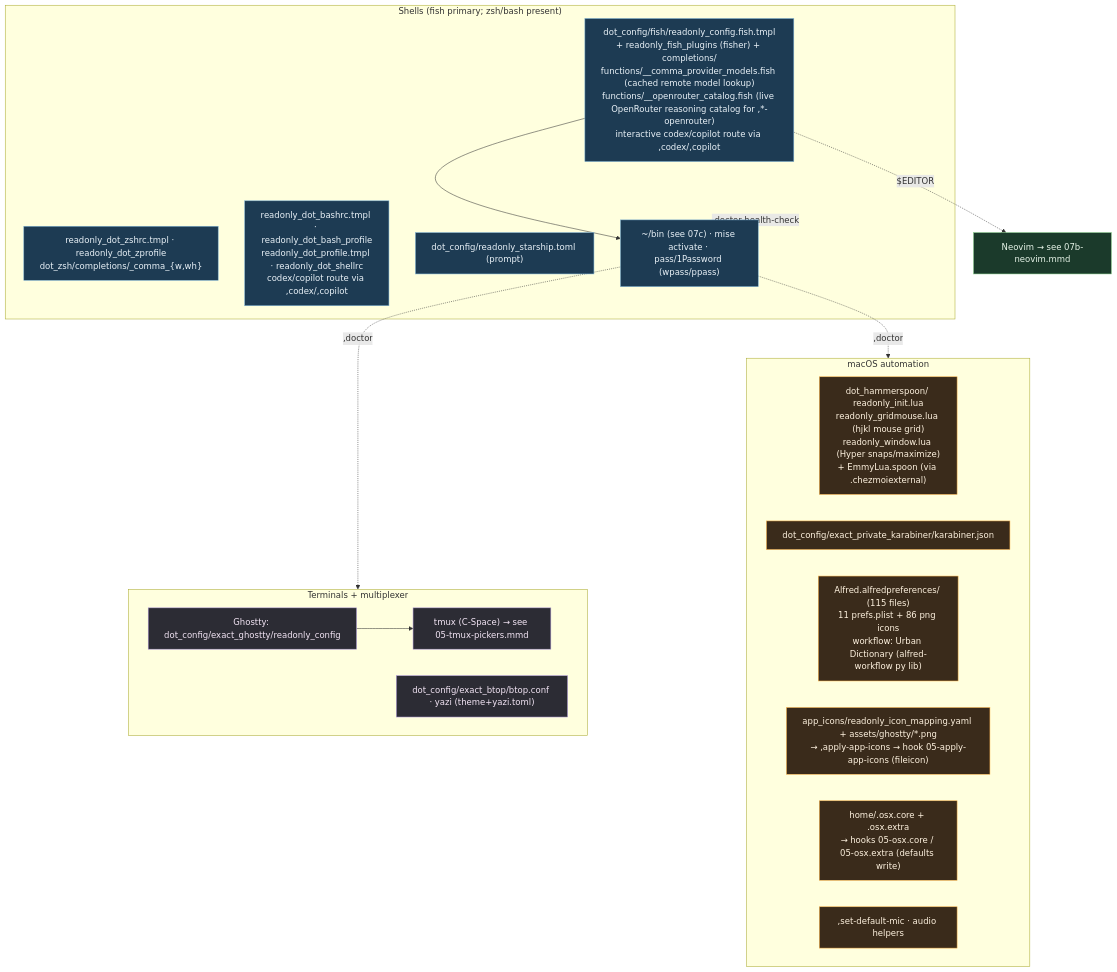
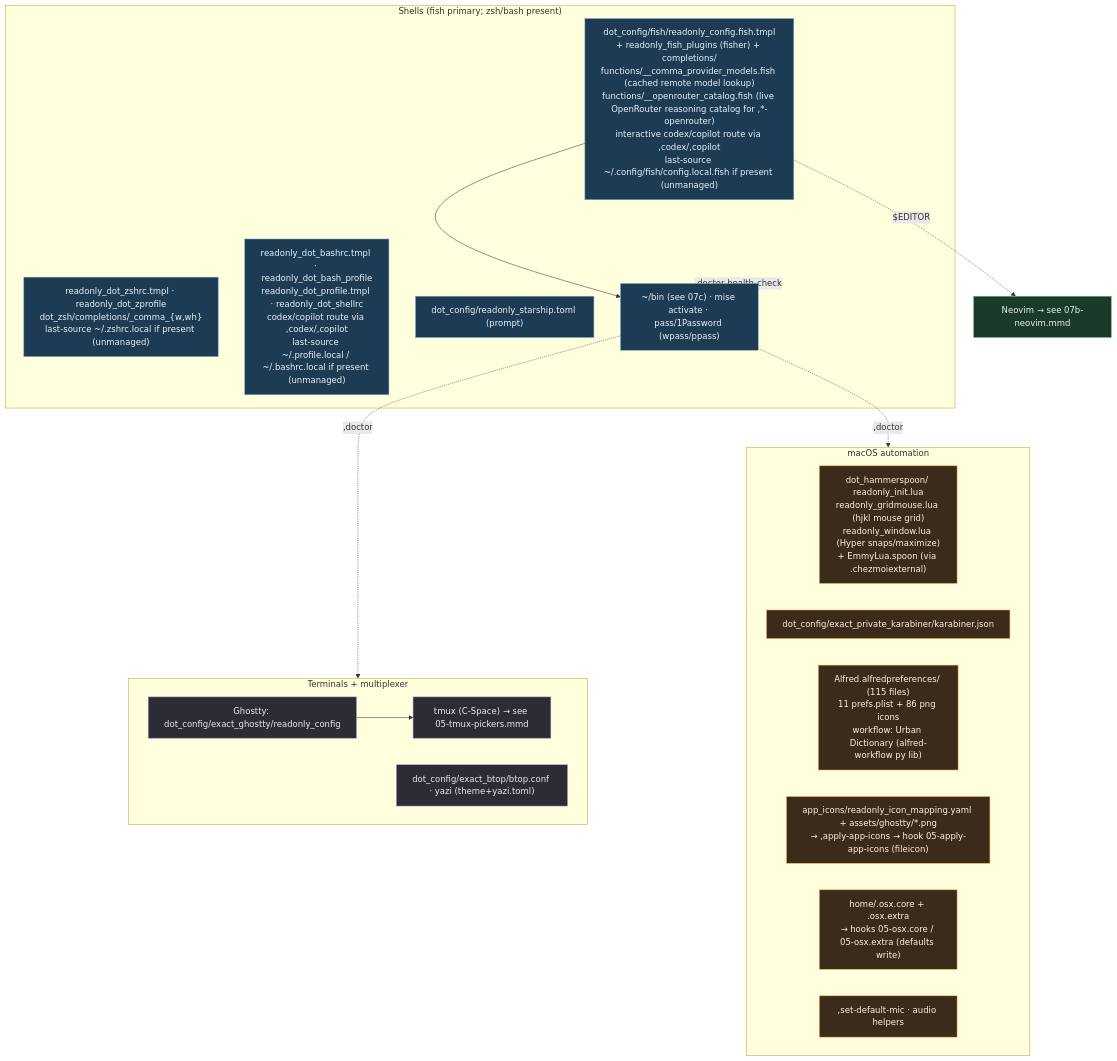
One commit to kapral18/dotfiles changed the diagram in .mermaids/07-shell-editor-macos.mmd. Above: the diagram before and after it, drawn with Mermaid. The commit also changed 117 other files, not shown here.

```diff
--- a/.mermaids/07-shell-editor-macos.mmd
+++ b/.mermaids/07-shell-editor-macos.mmd
@@ -1,40 +1,40 @@
 %% ============================================================================
 %% 07-shell-editor-macos.mmd — Shell, terminals, multiplexer launch, macOS.
 %% Neovim detail → 07b. ~/bin commands + ~/lib internals → 07c. Dotfile rc files → 08.
 %% ============================================================================
 flowchart TB
     classDef shell fill:#1d3b53,stroke:#7fb3d5,color:#eaf2f8;
     classDef term fill:#2c2c34,stroke:#b39ddb,color:#f3e5f5;
     classDef mac fill:#3a2b1b,stroke:#ffb74d,color:#fff3e0;
     classDef data fill:#1b3a2b,stroke:#81c784,color:#e8f5e9;
 
     subgraph SHELLS["Shells (fish primary; zsh/bash present)"]
-        FISH["dot_config/fish/readonly_config.fish.tmpl<br/>+ readonly_fish_plugins (fisher) + completions/<br/>functions/__comma_provider_models.fish (cached remote model lookup)<br/>functions/__openrouter_catalog.fish (live OpenRouter reasoning catalog for ,*-openrouter)<br/>interactive codex/copilot route via ,codex/,copilot"]:::shell
-        ZSH["readonly_dot_zshrc.tmpl · readonly_dot_zprofile<br/>dot_zsh/completions/_comma_{w,wh}"]:::shell
-        BASH["readonly_dot_bashrc.tmpl · readonly_dot_bash_profile<br/>readonly_dot_profile.tmpl · readonly_dot_shellrc<br/>codex/copilot route via ,codex/,copilot"]:::shell
+        FISH["dot_config/fish/readonly_config.fish.tmpl<br/>+ readonly_fish_plugins (fisher) + completions/<br/>functions/__comma_provider_models.fish (cached remote model lookup)<br/>functions/__openrouter_catalog.fish (live OpenRouter reasoning catalog for ,*-openrouter)<br/>interactive codex/copilot route via ,codex/,copilot<br/>last-source ~/.config/fish/config.local.fish if present (unmanaged)"]:::shell
+        ZSH["readonly_dot_zshrc.tmpl · readonly_dot_zprofile<br/>dot_zsh/completions/_comma_{w,wh}<br/>last-source ~/.zshrc.local if present (unmanaged)"]:::shell
+        BASH["readonly_dot_bashrc.tmpl · readonly_dot_bash_profile<br/>readonly_dot_profile.tmpl · readonly_dot_shellrc<br/>codex/copilot route via ,codex/,copilot<br/>last-source ~/.profile.local / ~/.bashrc.local if present (unmanaged)"]:::shell
         STAR["dot_config/readonly_starship.toml (prompt)"]:::shell
         FISH --> BINPATH["~/bin (see 07c) · mise activate · pass/1Password (wpass/ppass)"]:::shell
     end
 
     subgraph TERMS["Terminals + multiplexer"]
         GHOSTTY["Ghostty: dot_config/exact_ghostty/readonly_config"]:::term
         TMUX["tmux (C-Space) → see 05-tmux-pickers.mmd"]:::term
         BTOP["dot_config/exact_btop/btop.conf · yazi (theme+yazi.toml)"]:::term
         GHOSTTY --> TMUX
     end
 
     NVIMREF["Neovim → see 07b-neovim.mmd"]:::data
     FISH -.$EDITOR.-> NVIMREF
 
     subgraph MACOS["macOS automation"]
         HAMMER["dot_hammerspoon/ readonly_init.lua<br/>readonly_gridmouse.lua (hjkl mouse grid)<br/>readonly_window.lua (Hyper snaps/maximize)<br/>+ EmmyLua.spoon (via .chezmoiexternal)"]:::mac
         KARA["dot_config/exact_private_karabiner/karabiner.json"]:::mac
         ALFRED["Alfred.alfredpreferences/ (115 files)<br/>11 prefs.plist + 86 png icons<br/>workflow: Urban Dictionary (alfred-workflow py lib)"]:::mac
         ICONS["app_icons/readonly_icon_mapping.yaml + assets/ghostty/*.png<br/>→ ,apply-app-icons → hook 05-apply-app-icons (fileicon)"]:::mac
         OSX["home/.osx.core + .osx.extra<br/>→ hooks 05-osx.core / 05-osx.extra (defaults write)"]:::mac
         MIC[",set-default-mic · audio helpers"]:::mac
     end
 
     BINPATH -.,doctor health-check.-> SHELLS
     BINPATH -.,doctor.-> TERMS
     BINPATH -.,doctor.-> MACOS
```
